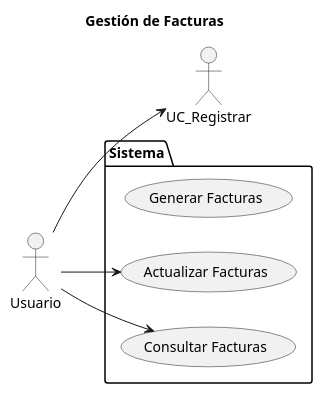
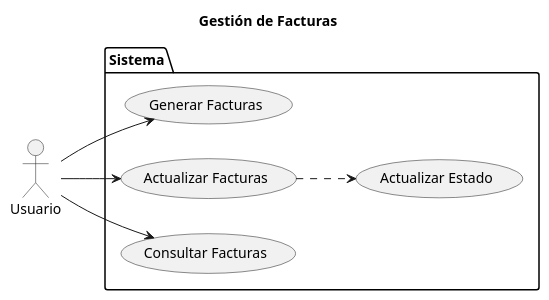
The diagram in Diagramas/caso_de_uso_Factura.plantuml (marcelolezcanodev/GarageGuru), drawn with PlantUML before and after one commit. The commit also changed 6 other files, not shown here.

```diff
--- a/Diagramas/caso_de_uso_Factura.plantuml
+++ b/Diagramas/caso_de_uso_Factura.plantuml
@@ -1,21 +1,24 @@
 @startuml usuario
 
 left to right direction
 
 title Gestión de Facturas
 
 actor Usuario as User
 
 package Sistema {
 
     USECASE "Generar Facturas" as UC_Generar
     USECASE "Actualizar Facturas" as UC_Editar
     USECASE "Consultar Facturas" as UC_Consultar
+    USECASE "Actualizar Estado" as USE_Actualizar
+
+    UC_Editar ..> USE_Actualizar
 
 }
 
-User --> UC_Registrar
+User --> UC_Generar
 User --> UC_Editar
 User --> UC_Consultar
 
 @enduml
```
